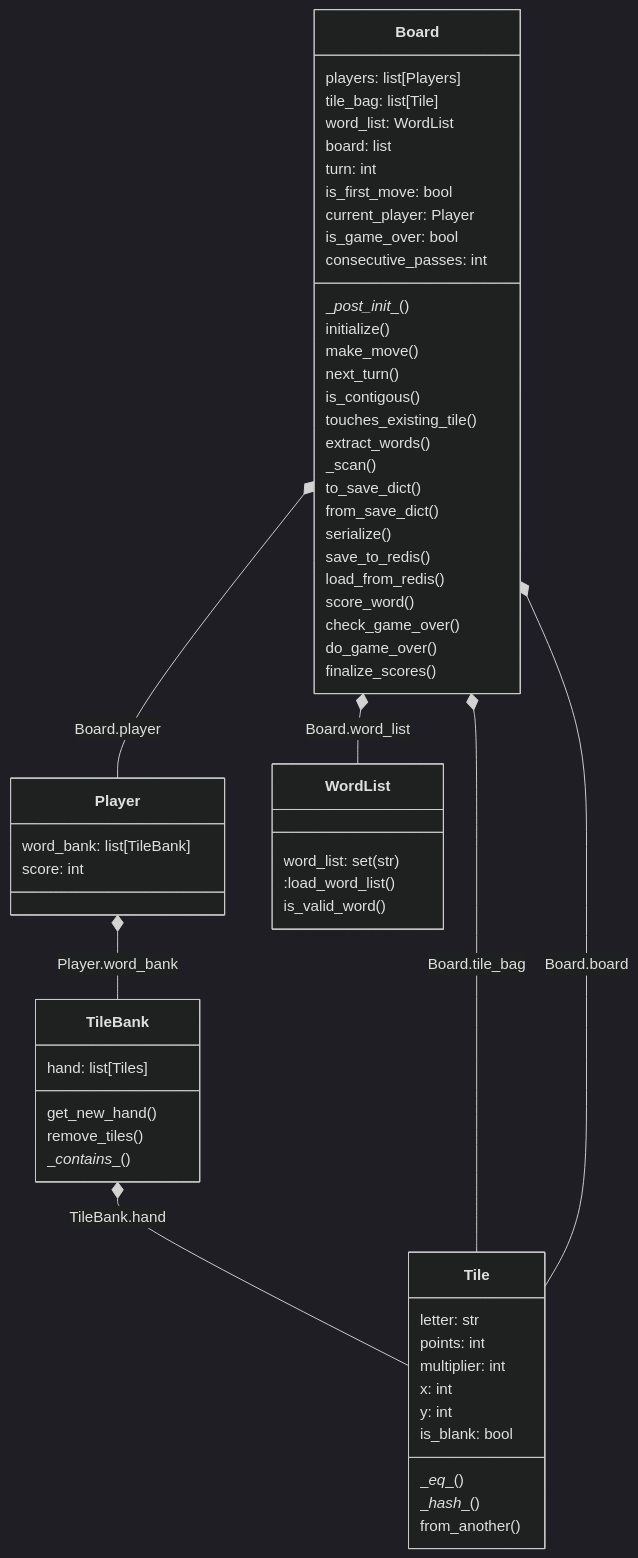
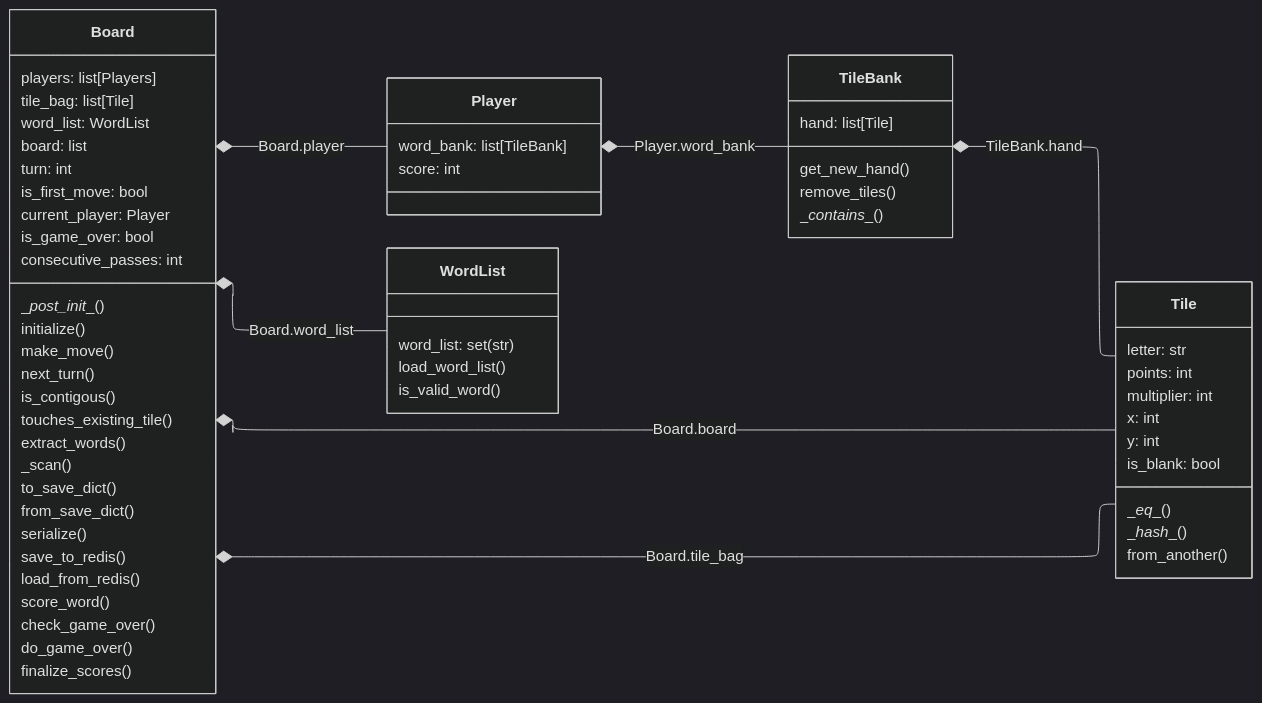
One commit to ninjamar/lvgai-scrabble changed the diagram in diagrams/scrabble_classes.mmd. Above: the diagram before and after it, drawn with Mermaid (dark theme). The commit also changed other lines of this file and 11 other files, not shown here.

```diff
--- a/diagrams/scrabble_classes.mmd
+++ b/diagrams/scrabble_classes.mmd
@@ -1,61 +1,66 @@
+---
+config:
+  layout: elk
+---
 classDiagram
-    class Board{
-        players: list[Players]
-        tile_bag: list[Tile]
-        word_list: WordList
-        board: list
-        turn: int
-        is_first_move: bool
-        current_player: Player
-        is_game_over: bool
-        consecutive_passes: int
-        \__post_init__()
-        initialize()
-        make_move()
-        next_turn()
-        is_contigous()
-        touches_existing_tile()
-        extract_words()
-        _scan()
-        to_save_dict()
-        from_save_dict()
-        serialize()
-        save_to_redis()
-        load_from_redis()
-        score_word()
-        check_game_over()
-        do_game_over()
-        finalize_scores()
+direction LR
+    class Board {
+	    players: list[Players]
+	    tile_bag: list[Tile]
+	    word_list: WordList
+	    board: list
+	    turn: int
+	    is_first_move: bool
+	    current_player: Player
+	    is_game_over: bool
+	    consecutive_passes: int
+	    \__post_init__()
+	    initialize()
+	    make_move()
+	    next_turn()
+	    is_contigous()
+	    touches_existing_tile()
+	    extract_words()
+	    _scan()
+	    to_save_dict()
+	    from_save_dict()
+	    serialize()
+	    save_to_redis()
+	    load_from_redis()
+	    score_word()
+	    check_game_over()
+	    do_game_over()
+	    finalize_scores()
+    }
+    class Player {
+	    word_bank: list[TileBank]
+	    score: int
+    }
+    class TileBank {
+	    hand: list[Tile]
+	    get_new_hand()
+	    remove_tiles()
+	    \__contains__()
+    }
+    class Tile {
+	    letter: str
+	    points: int
+	    multiplier: int
+	    x: int
+	    y: int
+	    is_blank: bool
+	    \__eq__()
+	    \__hash__()
+	    from_another()
+    }
+    class WordList {
+	    word_list: set(str)
+	    load_word_list()
+	    is_valid_word()
     }
     Board *-- Player : Board.player
-    class Player{
-        word_bank: list[TileBank]
-        score: int
-    }
-    Player *-- TileBank: Player.word_bank
-    class TileBank{
-        hand: list[Tiles]
-        get_new_hand()
-        remove_tiles()
-        \__contains__()
-    }
-    TileBank *-- Tile: TileBank.hand
-    Board *-- Tile: Board.tile_bag
+    Player *-- TileBank : Player.word_bank
+    TileBank *-- Tile : TileBank.hand
+    Board *-- Tile : Board.tile_bag
     Board *-- Tile : Board.board
-    class Tile{
-        letter: str
-        points: int
-        multiplier: int
-        x: int
-        y: int
-        is_blank: bool
-        \__eq__()
-        \__hash__()
-        from_another()
-    }
-    Board *-- WordList: Board.word_list
-    class WordList{
-        word_list: set(str)
-        :load_word_list()
-        is_valid_word()
-    }
+    Board *-- WordList : Board.word_list
```
